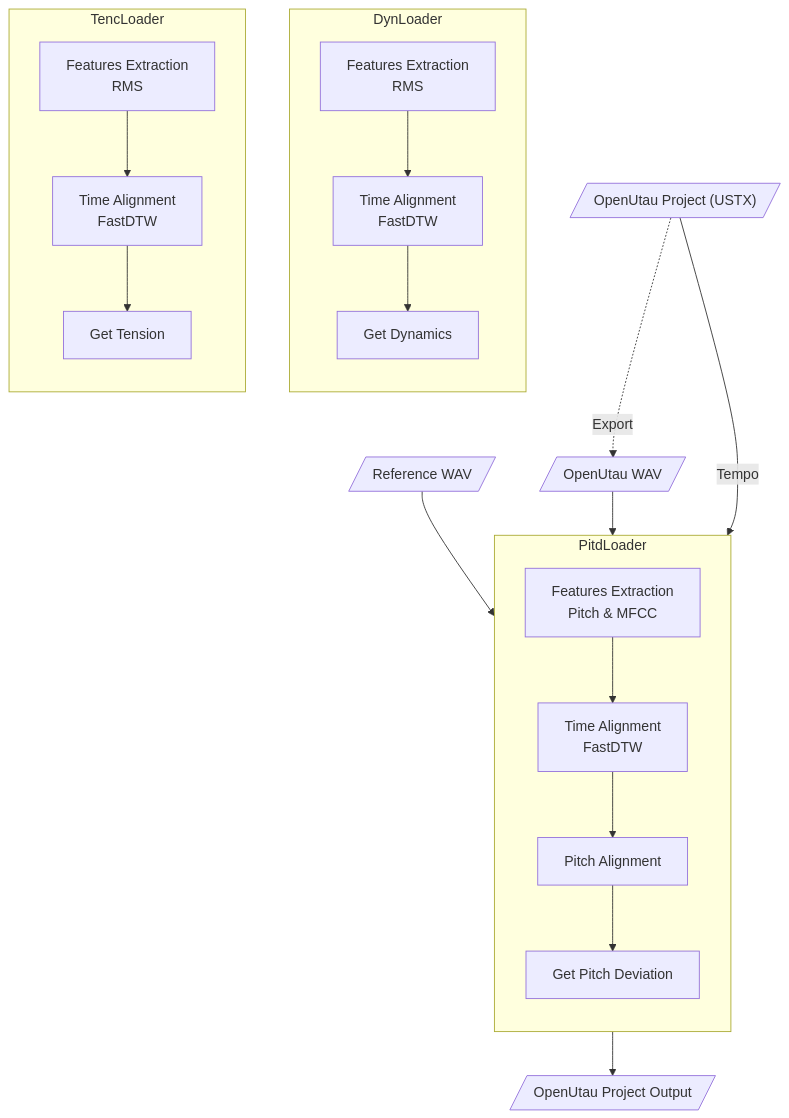
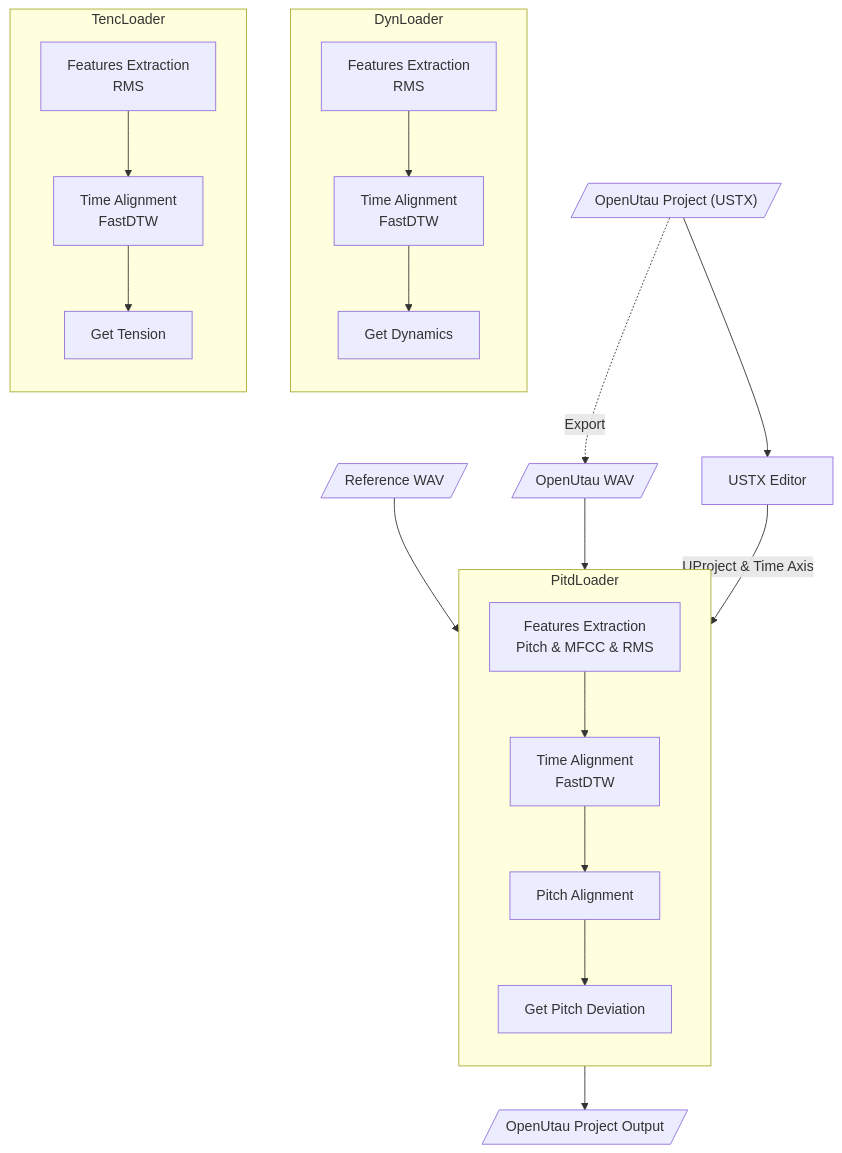
The diagram in README.en.md (NewComer00/expressive), drawn with Mermaid before and after one commit. The commit also changed other lines of this file and 29 other files, not shown here.

````diff
--- a/README.en.md
+++ b/README.en.md
@@ -186,49 +185,52 @@
 ```mermaid
 graph TB;
   ustx_in[/"OpenUtau Project (USTX)"/]
   refwav[/"Reference WAV"/]
   utauwav[/"OpenUtau WAV"/]
   refwav-->feat_pitd
   ustx_in-.->|Export|utauwav
   utauwav-->feat_pitd
-  ustx_in-->|Tempo|time_pitd
+
+  ustx_editor["USTX Editor"]
+  ustx_in-->ustx_editor
+  ustx_editor-->|UProject & Time Axis|PitdLoader
 
   subgraph PitdLoader
     direction TB
-    feat_pitd["Features Extraction<br>Pitch & MFCC"]
+    feat_pitd["Features Extraction<br>Pitch & MFCC & RMS"]
 
     time_pitd["Time Alignment<br>FastDTW"]
     feat_pitd-->time_pitd
 
     pitch_algn["Pitch Alignment"]
     time_pitd-->pitch_algn
 
     get_pitd["Get Pitch Deviation"]
     pitch_algn-->get_pitd
   end
 
   utsx_out[/"OpenUtau Project Output"/]
   get_pitd-->utsx_out
 
   subgraph DynLoader
     direction TB
     feat_dyn["Features Extraction<br>RMS"]
 
     time_dyn["Time Alignment<br>FastDTW"]
     feat_dyn-->time_dyn
 
     get_dyn["Get Dynamics"]
     time_dyn-->get_dyn
   end
 
   subgraph TencLoader
     direction TB
     feat_tenc["Features Extraction<br>RMS"]
 
     time_tenc["Time Alignment<br>FastDTW"]
     feat_tenc-->time_tenc
 
     get_tenc["Get Tension"]
     time_tenc-->get_tenc
   end
 ```
````
